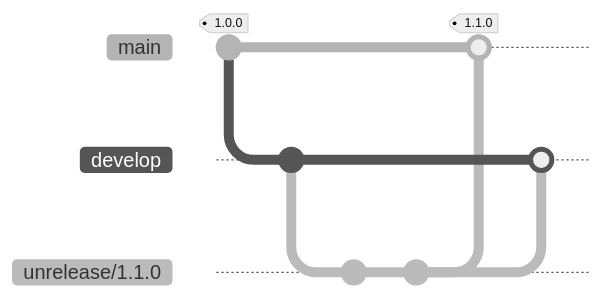
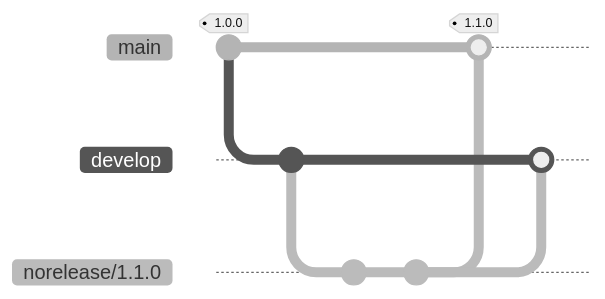
One commit to ab180/gitflow changed the sixth of 6 diagrams in readme.md. Above: the diagram before and after it, drawn with Mermaid (neutral theme). The commit also changed other lines of this file and 2 other files, not shown here. Commit ids are hidden.

````diff
--- a/readme.md
+++ b/readme.md
@@ -199,15 +206,15 @@
 ```mermaid
 %%{ init: { 'gitGraph': { 'showCommitLabel': false,'mainBranchName': 'main' } } }%%
     gitGraph
         checkout main
         commit tag: "1.0.0"
         branch develop
         commit
-        branch unrelease/1.1.0
+        branch norelease/1.1.0
         commit
         commit
         checkout main
-        merge unrelease/1.1.0 tag: "1.1.0"
+        merge norelease/1.1.0 tag: "1.1.0"
         checkout develop
-        merge unrelease/1.1.0
+        merge norelease/1.1.0
 ```
````
